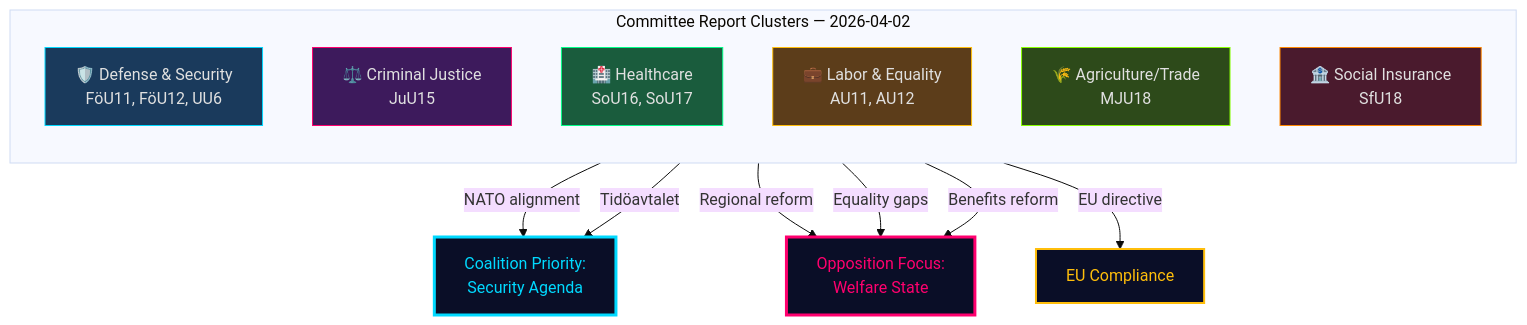
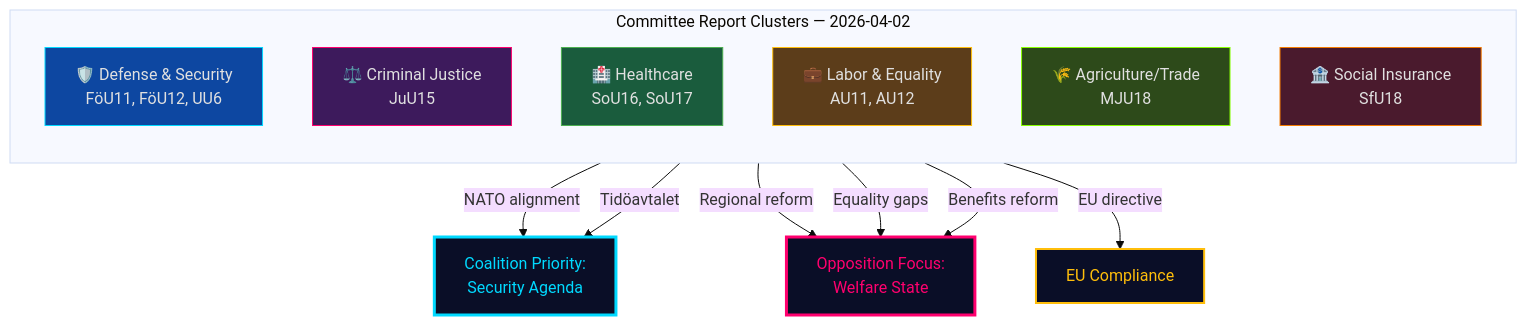
Before and after one commit to Hack23/riksdagsmonitor: the diagram in analysis/daily/2026-04-02/committeeReports/synthesis-summary.md, drawn with Mermaid (base theme). The commit also changed 785 other files, not shown here.

First line of the commit message:
Normalize mermaid colors across 786 analysis artifacts to ISMS Style Guide palette

````diff
--- a/analysis/daily/2026-04-02/committeeReports/synthesis-summary.md
+++ b/analysis/daily/2026-04-02/committeeReports/synthesis-summary.md
@@ -12,29 +12,29 @@
 ```mermaid
 graph TD
     subgraph "Committee Report Clusters — 2026-04-02"
         direction TB
         A["🛡️ Defense & Security<br/>FöU11, FöU12, UU6"]:::security
         B["⚖️ Criminal Justice<br/>JuU15"]:::justice
         C["🏥 Healthcare<br/>SoU16, SoU17"]:::health
         D["💼 Labor & Equality<br/>AU11, AU12"]:::labor
         E["🌾 Agriculture/Trade<br/>MJU18"]:::trade
         F["🏦 Social Insurance<br/>SfU18"]:::social
     end
 
     A -->|"NATO alignment"| G["Coalition Priority:<br/>Security Agenda"]:::highlight
     B -->|"Tidöavtalet"| G
     C -->|"Regional reform"| H["Opposition Focus:<br/>Welfare State"]:::opposition
     D -->|"Equality gaps"| H
     E -->|"EU directive"| I["EU Compliance"]:::eu
     F -->|"Benefits reform"| H
 
-    classDef security fill:#1a3a5c,stroke:#00d9ff,color:#e0e0e0
+    classDef security fill:#0D47A1,stroke:#00d9ff,color:#e0e0e0
     classDef justice fill:#3d1a5c,stroke:#ff006e,color:#e0e0e0
-    classDef health fill:#1a5c3d,stroke:#00ff88,color:#e0e0e0
+    classDef health fill:#1a5c3d,stroke:#4CAF50,color:#e0e0e0
     classDef labor fill:#5c3d1a,stroke:#ffbe0b,color:#e0e0e0
     classDef trade fill:#2d4a1a,stroke:#88ff00,color:#e0e0e0
-    classDef social fill:#4a1a2d,stroke:#ff8800,color:#e0e0e0
+    classDef social fill:#4a1a2d,stroke:#F57C00,color:#e0e0e0
     classDef highlight fill:#0a0e27,stroke:#00d9ff,color:#00d9ff,stroke-width:3px
     classDef opposition fill:#0a0e27,stroke:#ff006e,color:#ff006e,stroke-width:3px
     classDef eu fill:#0a0e27,stroke:#ffbe0b,color:#ffbe0b,stroke-width:2px
 ```
````
